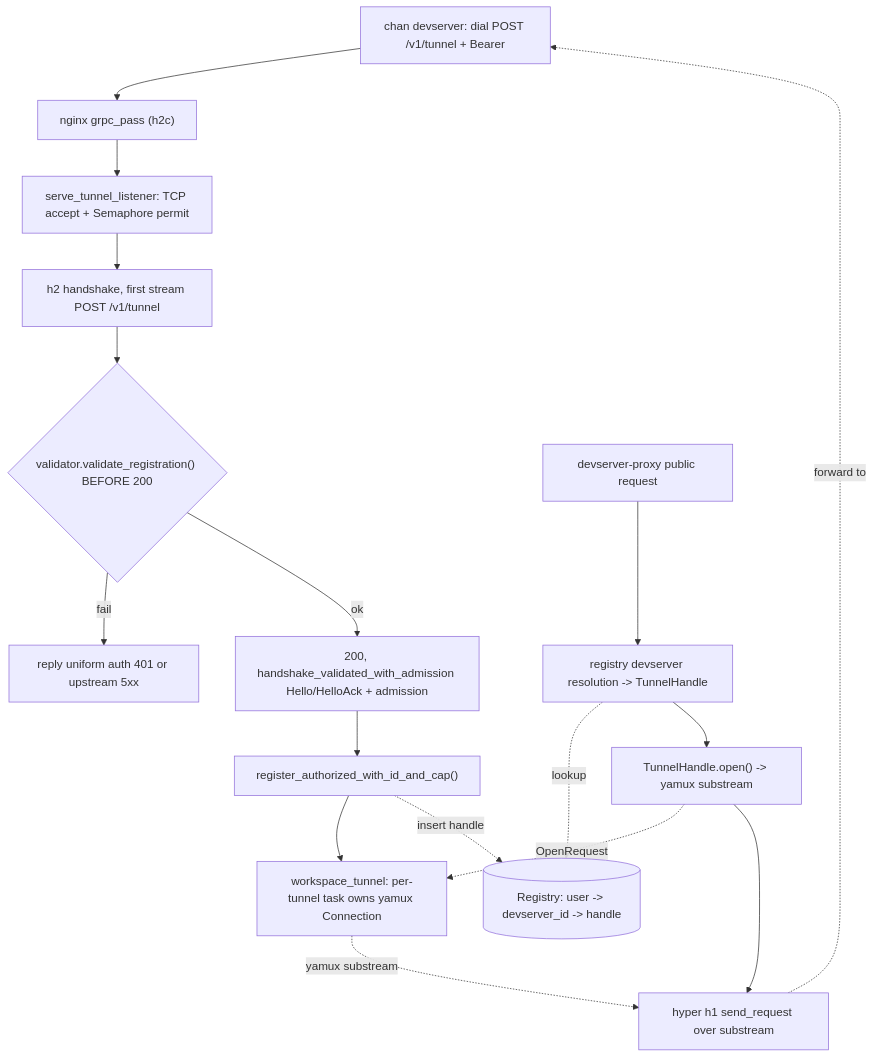
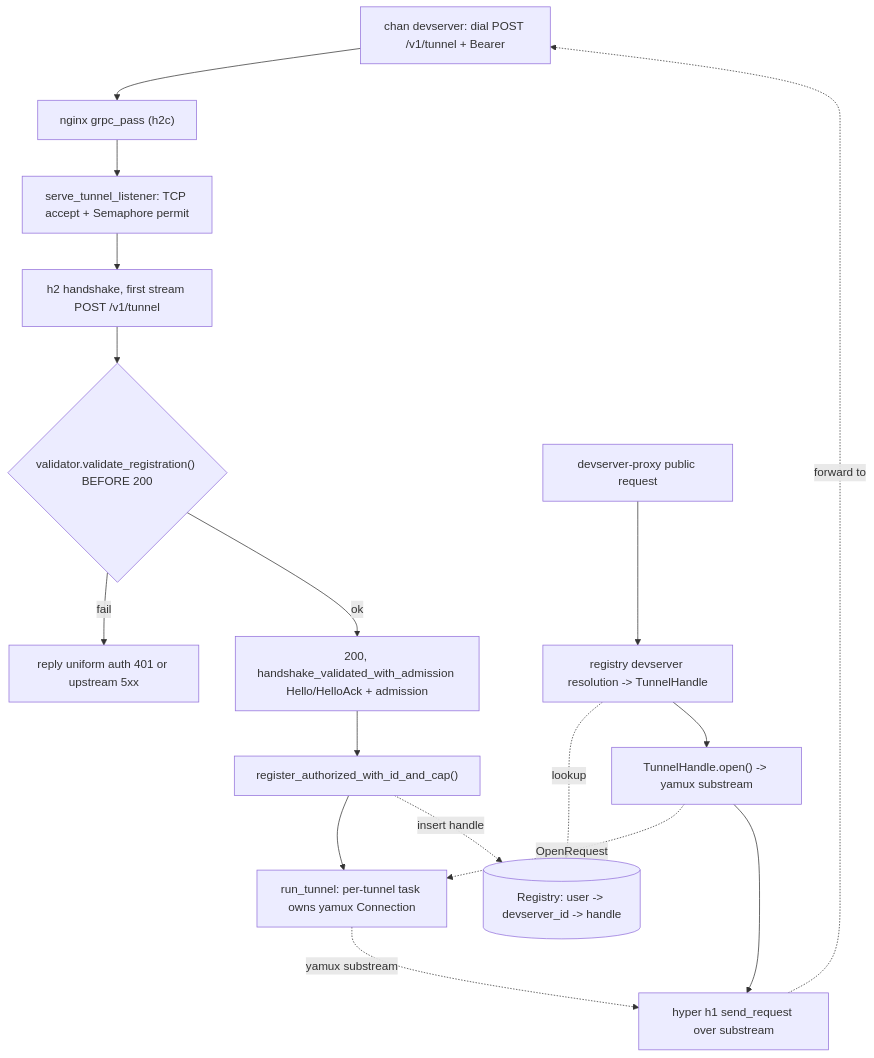
Before and after one commit to fiorix/chan: the first of 2 diagrams in crates/chan-tunnel-server/design.md, drawn with Mermaid. The commit also changed other lines of this file and 5 other files, not shown here.

First line of the commit message:
refactor(chan-tunnel-server): name the tunnel driver run_tunnel

````diff
--- a/crates/chan-tunnel-server/design.md
+++ b/crates/chan-tunnel-server/design.md
@@ -37,29 +37,29 @@
 ```mermaid
 flowchart TD
     client["chan devserver: dial POST /v1/tunnel + Bearer"]
     nginx["nginx grpc_pass (h2c)"]
     listener["serve_tunnel_listener: TCP accept + Semaphore permit"]
     h2["h2 handshake, first stream POST /v1/tunnel"]
     validate{"validator.validate_registration() BEFORE 200"}
     reject["reply uniform auth 401 or upstream 5xx"]
     ack["200, handshake_validated_with_admission Hello/HelloAck + admission"]
     register["register_authorized_with_id_and_cap()"]
-    driver["workspace_tunnel: per-tunnel task owns yamux Connection"]
+    driver["run_tunnel: per-tunnel task owns yamux Connection"]
     registry[("Registry: user -> devserver_id -> handle")]
     proxy["devserver-proxy public request"]
     get["registry devserver resolution -> TunnelHandle"]
     open["TunnelHandle.open() -> yamux substream"]
     h1["hyper h1 send_request over substream"]
 
     client --> nginx --> listener --> h2 --> validate
     validate -->|"fail"| reject
     validate -->|"ok"| ack --> register --> driver
     register -. "insert handle" .-> registry
     proxy --> get
     get -. "lookup" .-> registry
     get --> open
     open -. "OpenRequest" .-> driver
     open --> h1
     driver -. "yamux substream" .-> h1
     h1 -. "forward to" .-> client
 ```
````
